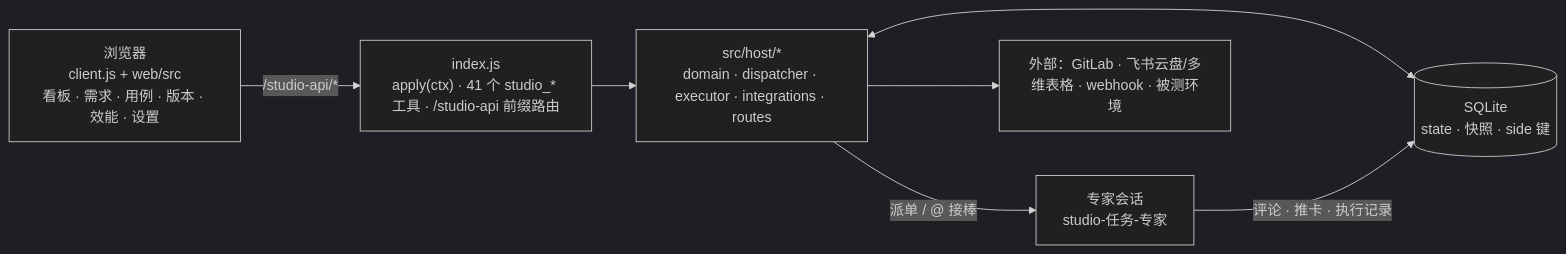
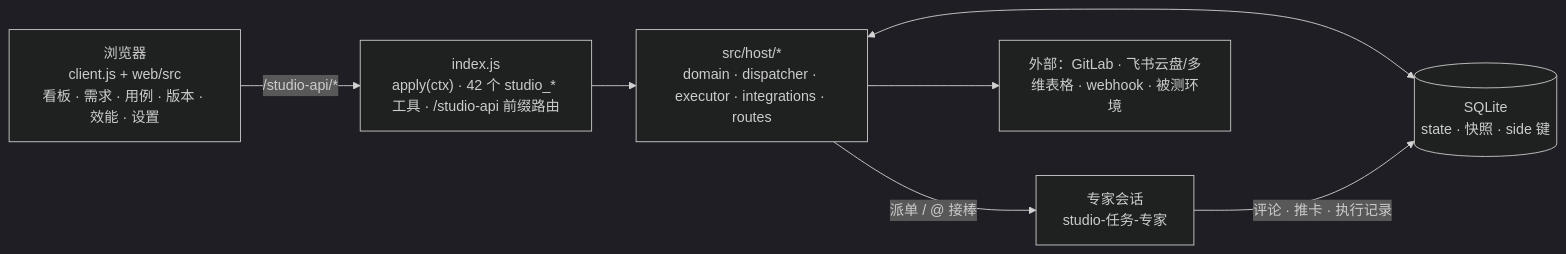
The diagram in README.md (linchuncheng/dsh-studio), drawn with Mermaid (dark theme) before and after one commit. The commit also changed other lines of this file and 18 other files, not shown here.

````diff
--- a/README.md
+++ b/README.md
@@ -45,15 +46,15 @@
 ```mermaid
 flowchart LR
   UI["浏览器<br/>client.js + web/src<br/>看板 · 需求 · 用例 · 版本 · 效能 · 设置"]
-  API["index.js<br/>apply(ctx) · 41 个 studio_* 工具 · /studio-api 前缀路由"]
+  API["index.js<br/>apply(ctx) · 42 个 studio_* 工具 · /studio-api 前缀路由"]
   HOST["src/host/*<br/>domain · dispatcher · executor · integrations · routes"]
   DB[("SQLite<br/>state · 快照 · side 键")]
   AGENT["专家会话<br/>studio-任务-专家"]
   EXT["外部：GitLab · 飞书云盘/多维表格 · webhook · 被测环境"]
   UI -->|"/studio-api/*"| API
   API --> HOST
   HOST <--> DB
   HOST -->|"派单 / @ 接棒"| AGENT
   AGENT -->|"评论 · 推卡 · 执行记录"| DB
   HOST --> EXT
 ```
````
